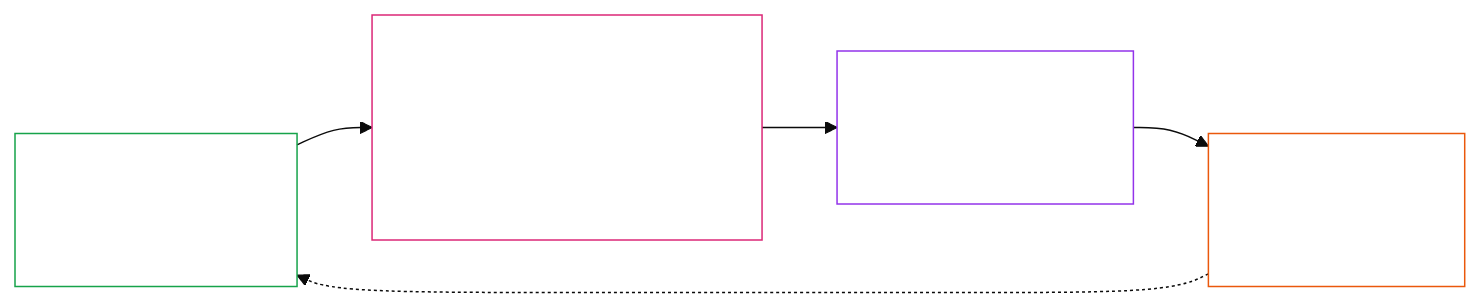
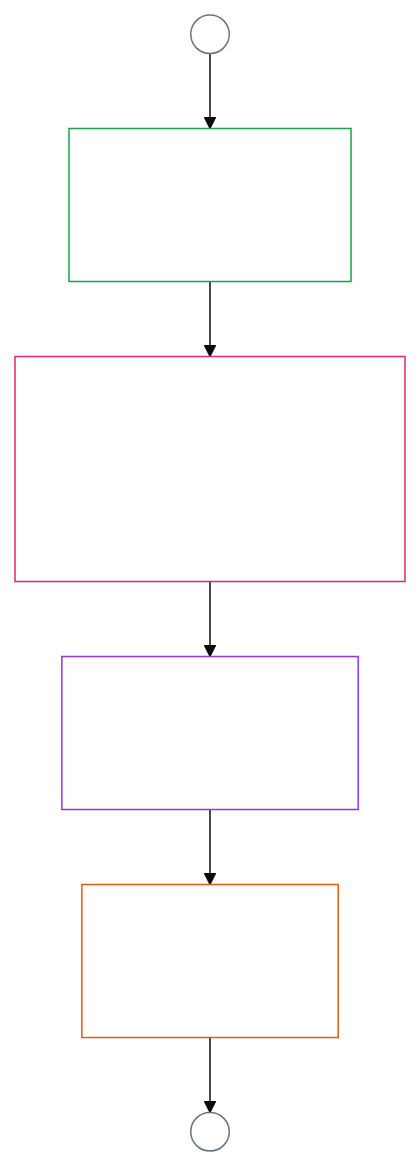
Before and after one commit to kfoelsch/Sentient_Constitution: the fourth of 4 diagrams in doc_architecture/generated/print_pack.md, drawn with Mermaid (base theme). The commit also changed 62 other files, not shown here.

````diff
--- a/doc_architecture/generated/print_pack.md
+++ b/doc_architecture/generated/print_pack.md
@@ -676,11 +676,14 @@
 ```mermaid
-flowchart LR
+flowchart TB
   C[Certify the system<br/><br/>Chapter Eight] --> S[Measure help and harm<br/><br/>two tracks, never one net score<br/>Chapter Nine]
+  A0((A)) --> C
   S --> E[Effects and remedy<br/><br/>Chapter Ten]
   E --> F[Forum families<br/><br/>Chapter Twelve]
-  F -.-> C
+  F --> A1((A))
   style C fill:none,stroke:#16a34a,color:#ffffff
   style S fill:none,stroke:#db2777,color:#ffffff
   style E fill:none,stroke:#9333ea,color:#ffffff
   style F fill:none,stroke:#ea580c,color:#ffffff
+  style A0 fill:none,stroke:#64748b,color:#ffffff
+  style A1 fill:none,stroke:#64748b,color:#ffffff
 ```
````
